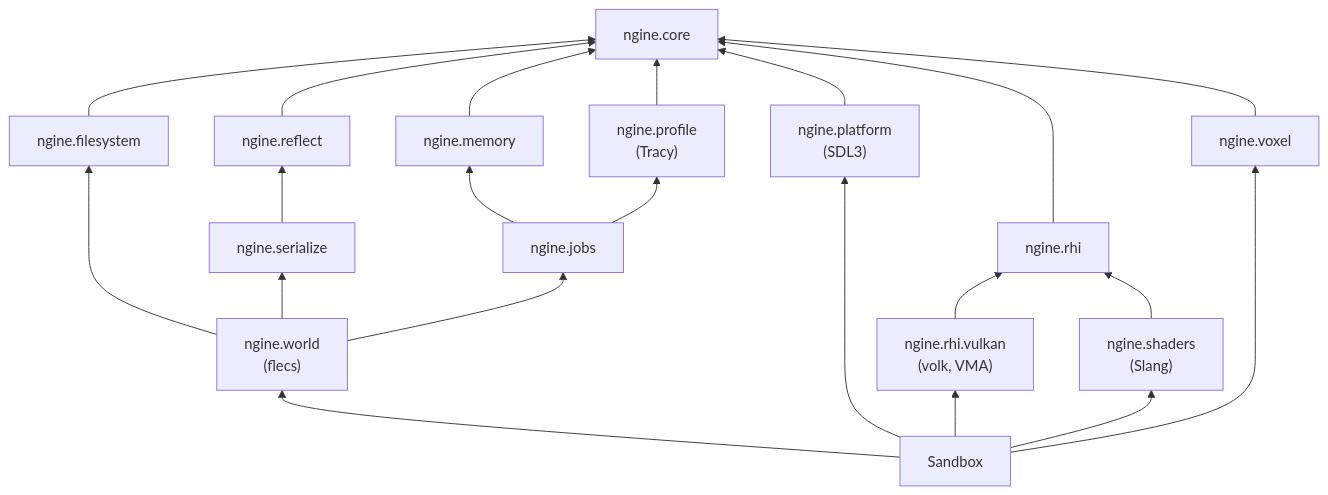
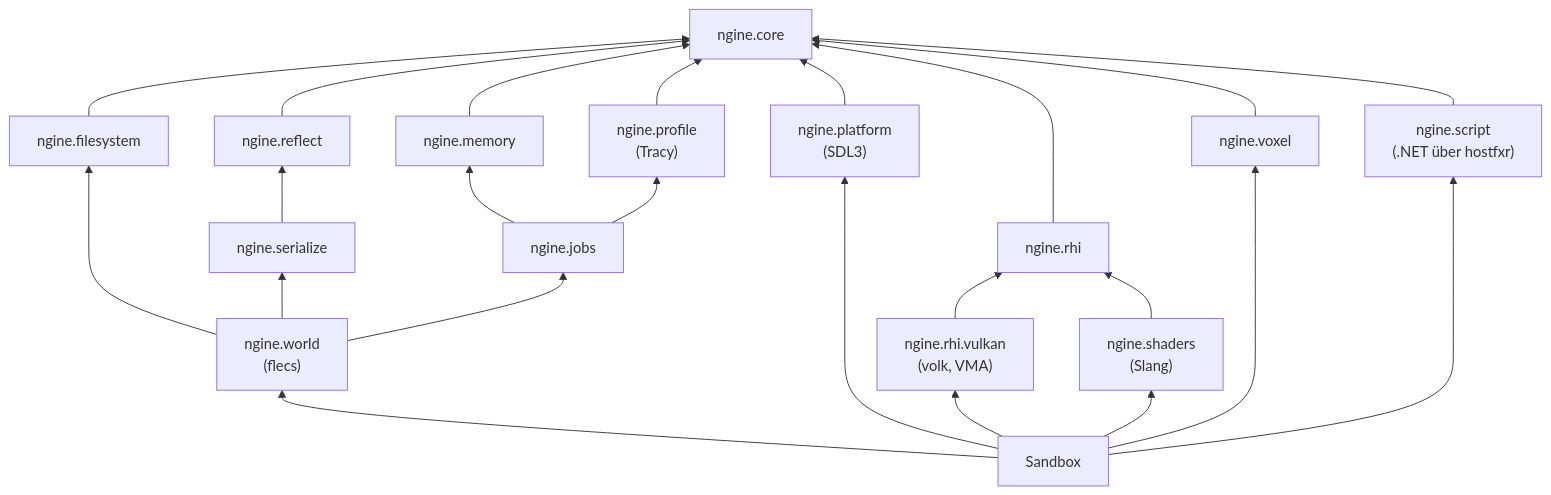
Before and after one commit to viiez/ngine: the second of 8 diagrams in docs/architecture.md, drawn with Mermaid. The commit also changed other lines of this file and 36 other files, not shown here.

First line of the commit message:
D2: Durchstich C#-Hosting über hostfxr

````diff
--- a/docs/architecture.md
+++ b/docs/architecture.md
@@ -43,37 +44,40 @@
 ```mermaid
 flowchart BT
     core["ngine.core"]
     memory["ngine.memory"]
     jobs["ngine.jobs"]
     profile["ngine.profile<br/>(Tracy)"]
     platform["ngine.platform<br/>(SDL3)"]
     rhi["ngine.rhi"]
     vulkan["ngine.rhi.vulkan<br/>(volk, VMA)"]
     shaders["ngine.shaders<br/>(Slang)"]
     fs["ngine.filesystem"]
     reflect["ngine.reflect"]
     serialize["ngine.serialize"]
     world["ngine.world<br/>(flecs)"]
     voxel["ngine.voxel"]
+    script["ngine.script<br/>(.NET über hostfxr)"]
     sandbox["Sandbox"]
     fs --> core
     reflect --> core
     serialize --> reflect
     world --> serialize
     world --> jobs
     world --> fs
     memory --> core
     jobs --> memory
     jobs --> profile
     profile --> core
     platform --> core
     rhi --> core
     vulkan --> rhi
     shaders --> rhi
     sandbox --> platform
     sandbox --> vulkan
     sandbox --> shaders
     sandbox --> world
     voxel --> core
     sandbox --> voxel
+    script --> core
+    sandbox --> script
 ```
````
